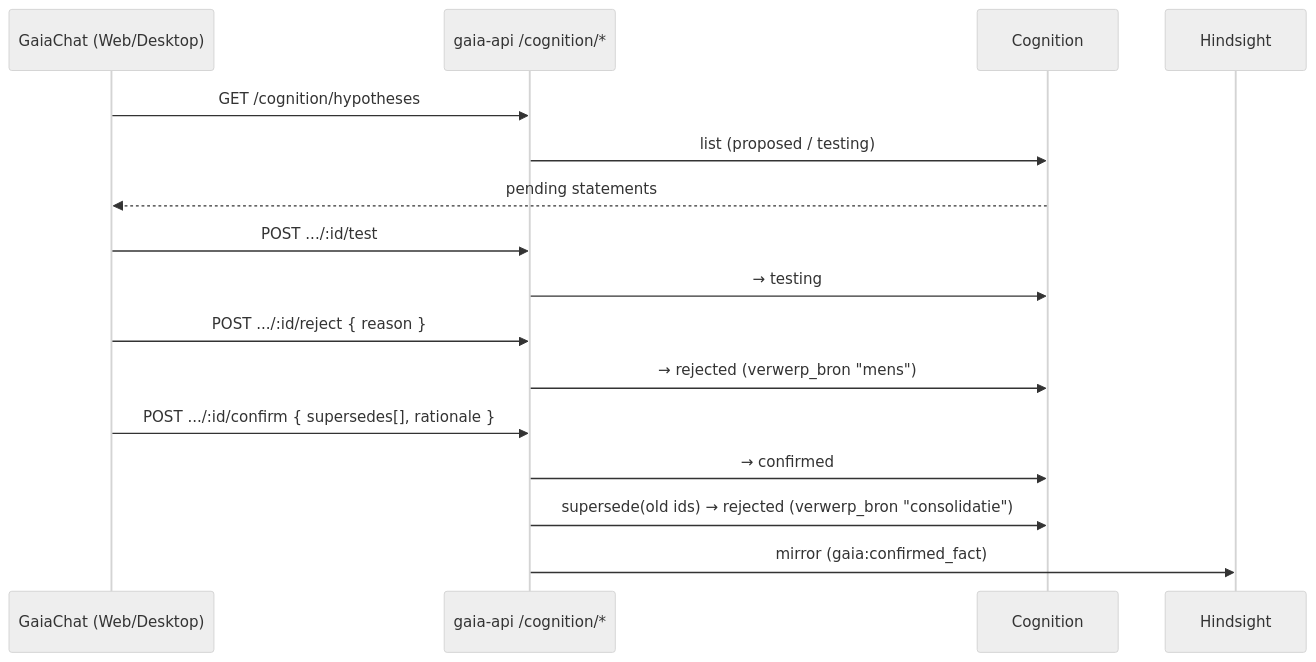
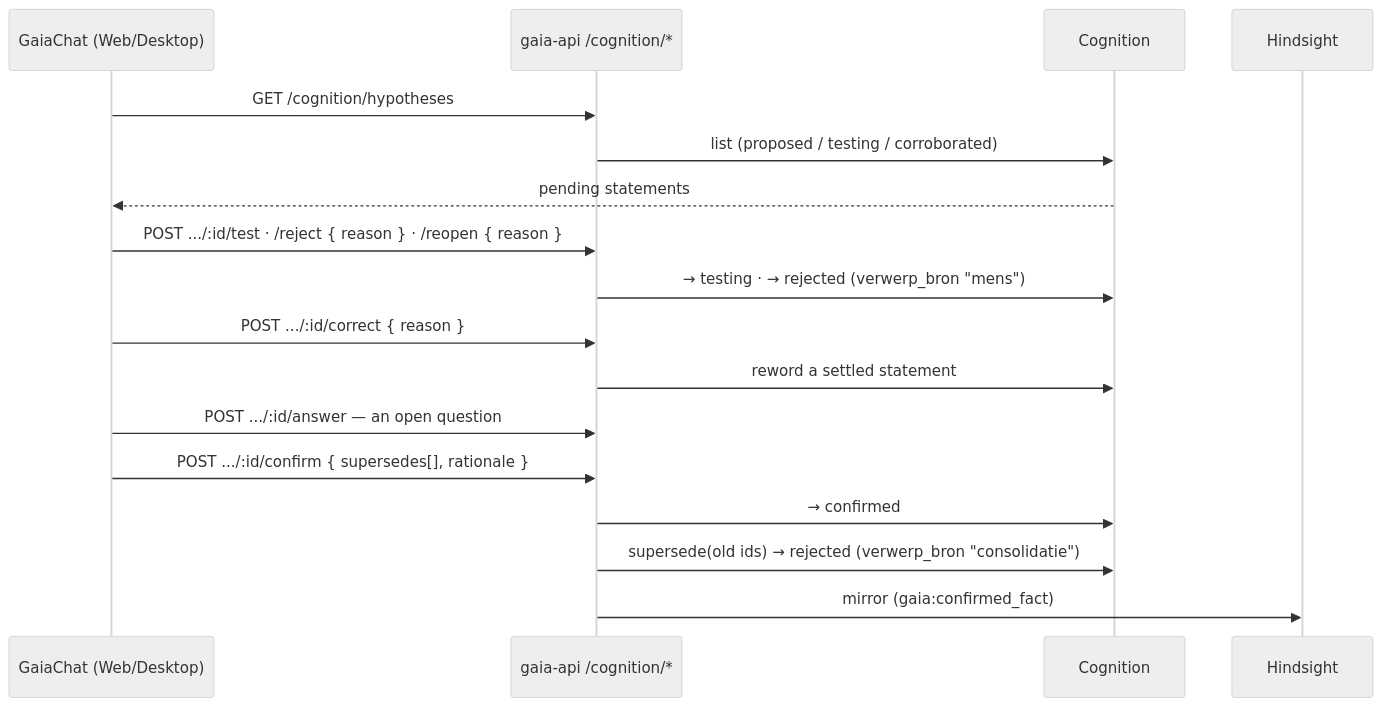
Before and after one commit to Bojanni050/Gaia-Cloud: the fifth of 7 diagrams in docs/architecture-graph.md, drawn with Mermaid (neutral theme). The commit also changed other lines of this file and 7 other files, not shown here.

````diff
--- a/docs/architecture-graph.md
+++ b/docs/architecture-graph.md
@@ -90,19 +156,20 @@
 ```mermaid
 sequenceDiagram
     participant Chat as GaiaChat (Web/Desktop)
     participant API as gaia-api /cognition/*
     participant Cog as Cognition
     participant HS as Hindsight
 
     Chat->>API: GET /cognition/hypotheses
-    API->>Cog: list (proposed / testing)
+    API->>Cog: list (proposed / testing / corroborated)
     Cog-->>Chat: pending statements
-    Chat->>API: POST .../:id/test
-    API->>Cog: → testing
-    Chat->>API: POST .../:id/reject { reason }
-    API->>Cog: → rejected (verwerp_bron "mens")
+    Chat->>API: POST .../:id/test · /reject { reason } · /reopen { reason }
+    API->>Cog: → testing · → rejected (verwerp_bron "mens")
+    Chat->>API: POST .../:id/correct { reason }
+    API->>Cog: reword a settled statement
+    Chat->>API: POST .../:id/answer — an open question
     Chat->>API: POST .../:id/confirm { supersedes[], rationale }
     API->>Cog: → confirmed
     API->>Cog: supersede(old ids) → rejected (verwerp_bron "consolidatie")
     API->>HS: mirror (gaia:confirmed_fact)
 ```
````
